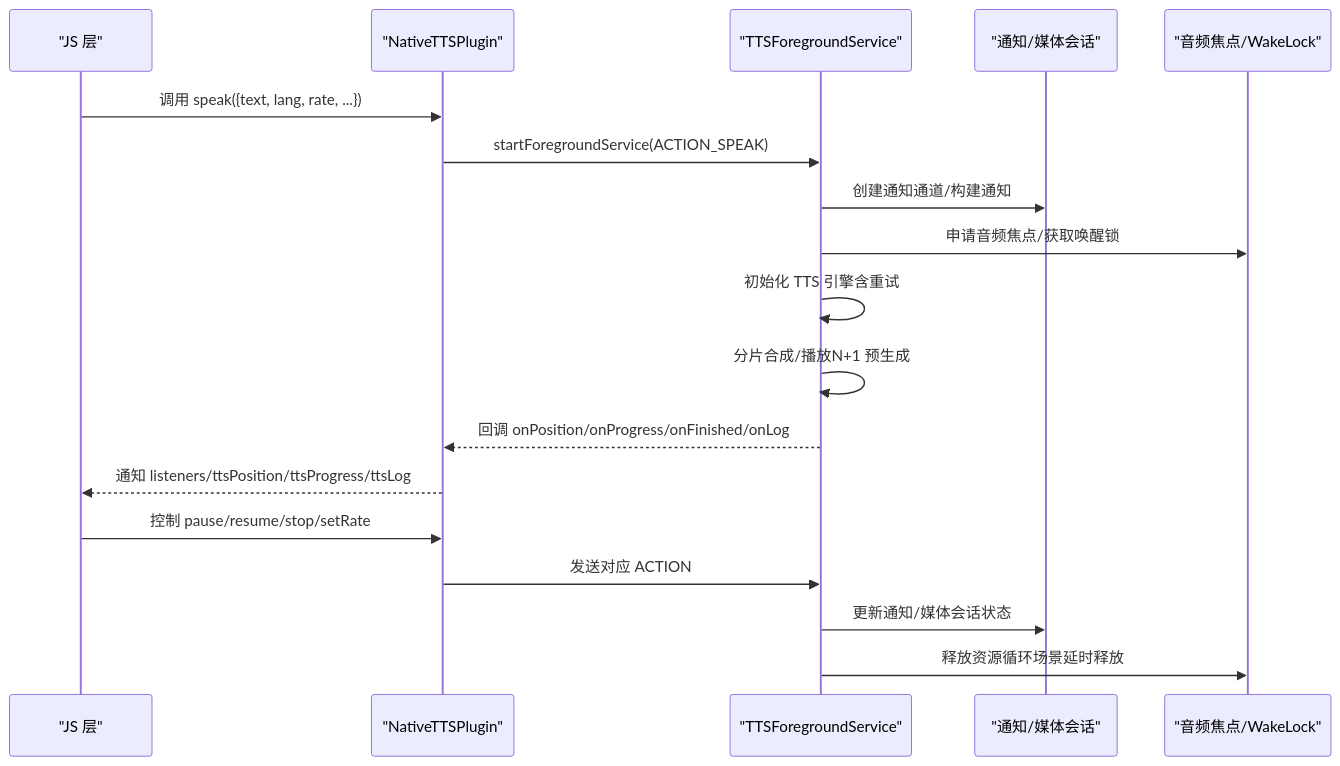
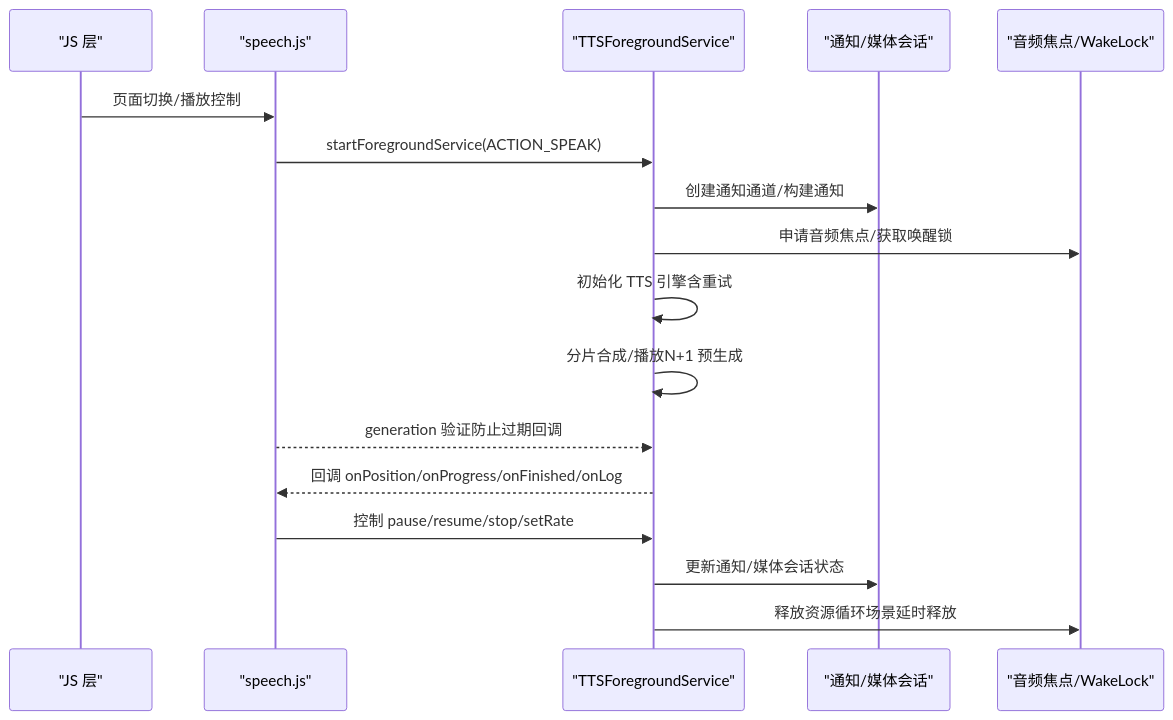
The second of 5 diagrams in .qoder/repowiki/zh/content/移动应用开发/服务管理.md (zhao-zg/cx), drawn with Mermaid before and after one commit. The commit also changed other lines of this file and 30 other files, not shown here.

````diff
--- a/.qoder/repowiki/zh/content/移动应用开发/服务管理.md
+++ b/.qoder/repowiki/zh/content/移动应用开发/服务管理.md
@@ -105,20 +89,19 @@
 ```mermaid
 sequenceDiagram
 participant JS as "JS 层"
-participant PL as "NativeTTSPlugin"
-participant SV as "TTSForegroundService"
+participant SP as "speech.js"
+participant SVC as "TTSForegroundService"
 participant NM as "通知/媒体会话"
 participant AM as "音频焦点/WakeLock"
-JS->>PL : 调用 speak({text, lang, rate, ...})
-PL->>SV : startForegroundService(ACTION_SPEAK)
-SV->>NM : 创建通知通道/构建通知
-SV->>AM : 申请音频焦点/获取唤醒锁
-SV->>SV : 初始化 TTS 引擎含重试
-SV->>SV : 分片合成/播放N+1 预生成
-SV-->>PL : 回调 onPosition/onProgress/onFinished/onLog
-PL-->>JS : 通知 listeners/ttsPosition/ttsProgress/ttsLog
-JS->>PL : 控制 pause/resume/stop/setRate
-PL->>SV : 发送对应 ACTION
-SV->>NM : 更新通知/媒体会话状态
-SV->>AM : 释放资源循环场景延时释放
+JS->>SP : 页面切换/播放控制
+SP->>SVC : startForegroundService(ACTION_SPEAK)
+SVC->>NM : 创建通知通道/构建通知
+SVC->>AM : 申请音频焦点/获取唤醒锁
+SVC->>SVC : 初始化 TTS 引擎含重试
+SVC->>SVC : 分片合成/播放N+1 预生成
+SP-->>SVC : generation 验证防止过期回调
+SVC-->>SP : 回调 onPosition/onProgress/onFinished/onLog
+SP->>SVC : 控制 pause/resume/stop/setRate
+SVC->>NM : 更新通知/媒体会话状态
+SVC->>AM : 释放资源循环场景延时释放
 ```
````
